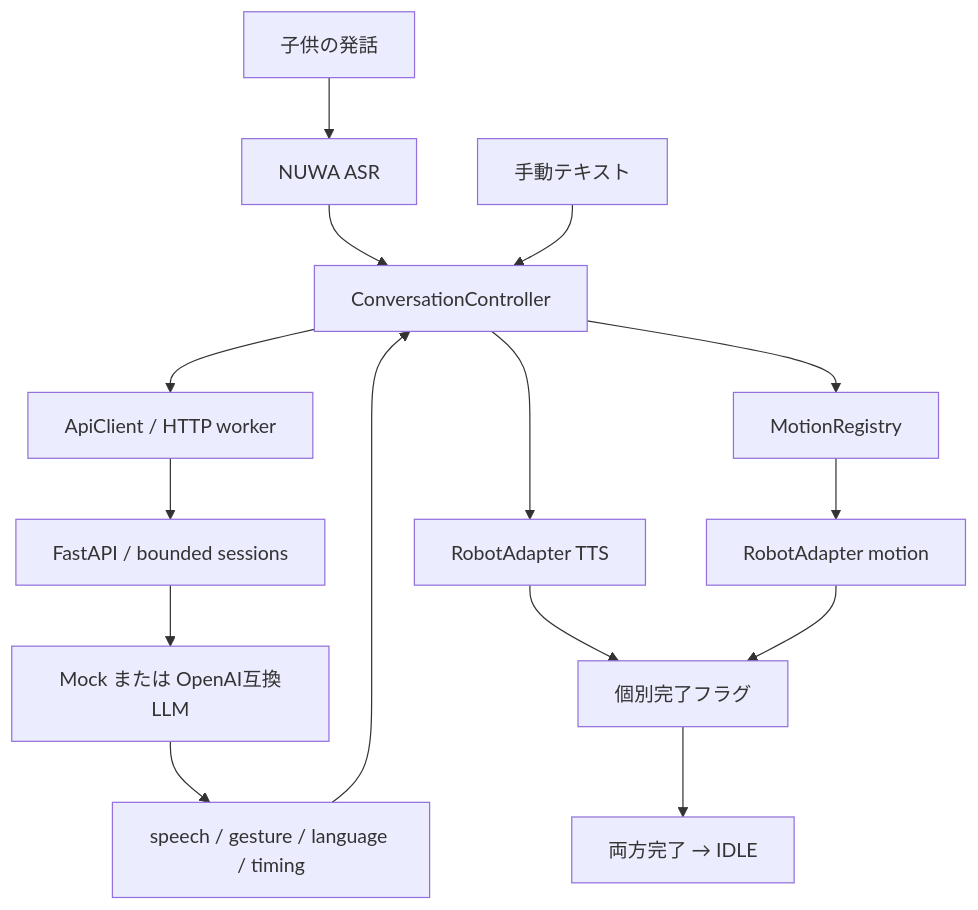
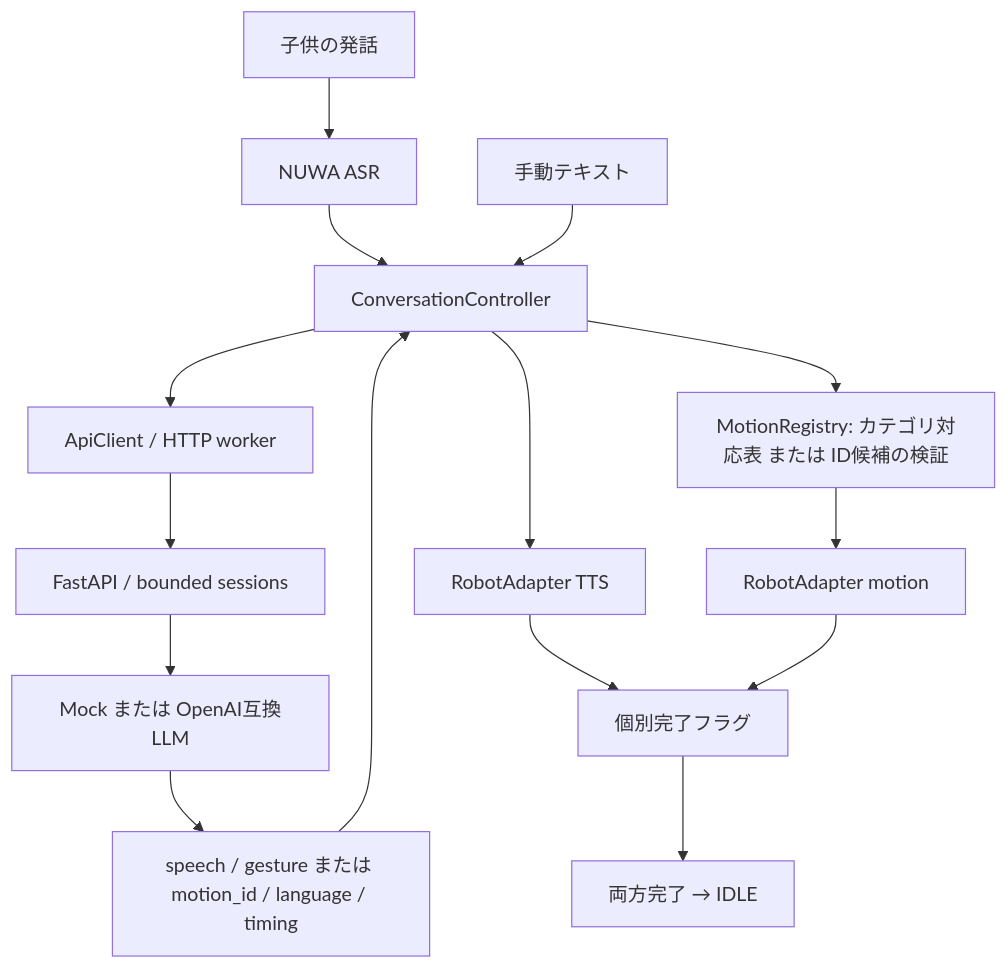
The diagram in kebbi-conversation/docs/architecture.md (nk-an-nk/textToMotion), drawn with Mermaid before and after one commit. The commit also changed other lines of this file and 22 other files, not shown here.

Commit message:
Add comparable direct-ID and 7/15-category LLM gesture experiments

````diff
--- a/kebbi-conversation/docs/architecture.md
+++ b/kebbi-conversation/docs/architecture.md
@@ -3,17 +3,17 @@
 ```mermaid
 flowchart TD
   Child[子供の発話] --> ASR[NUWA ASR]
   ASR --> Controller[ConversationController]
   Input[手動テキスト] --> Controller
   Controller --> HTTP[ApiClient / HTTP worker]
   HTTP --> API[FastAPI / bounded sessions]
   API --> LLM[Mock または OpenAI互換LLM]
-  LLM --> Reply[speech / gesture / language / timing]
+  LLM --> Reply[speech / gesture または motion_id / language / timing]
   Reply --> Controller
-  Controller --> Mapping[MotionRegistry]
+  Controller --> Mapping[MotionRegistry: カテゴリ対応表 または ID候補の検証]
   Controller --> TTS[RobotAdapter TTS]
   Mapping --> Motion[RobotAdapter motion]
   TTS --> Done[個別完了フラグ]
   Motion --> Done
   Done --> Idle[両方完了 → IDLE]
 ```
````
